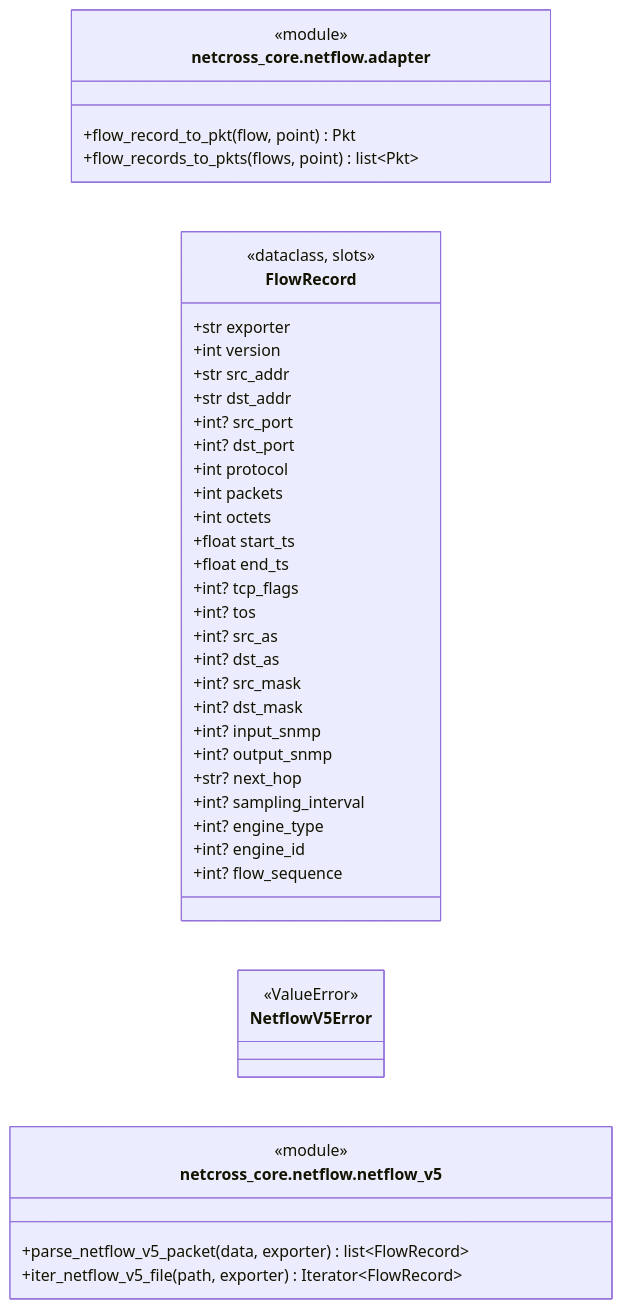
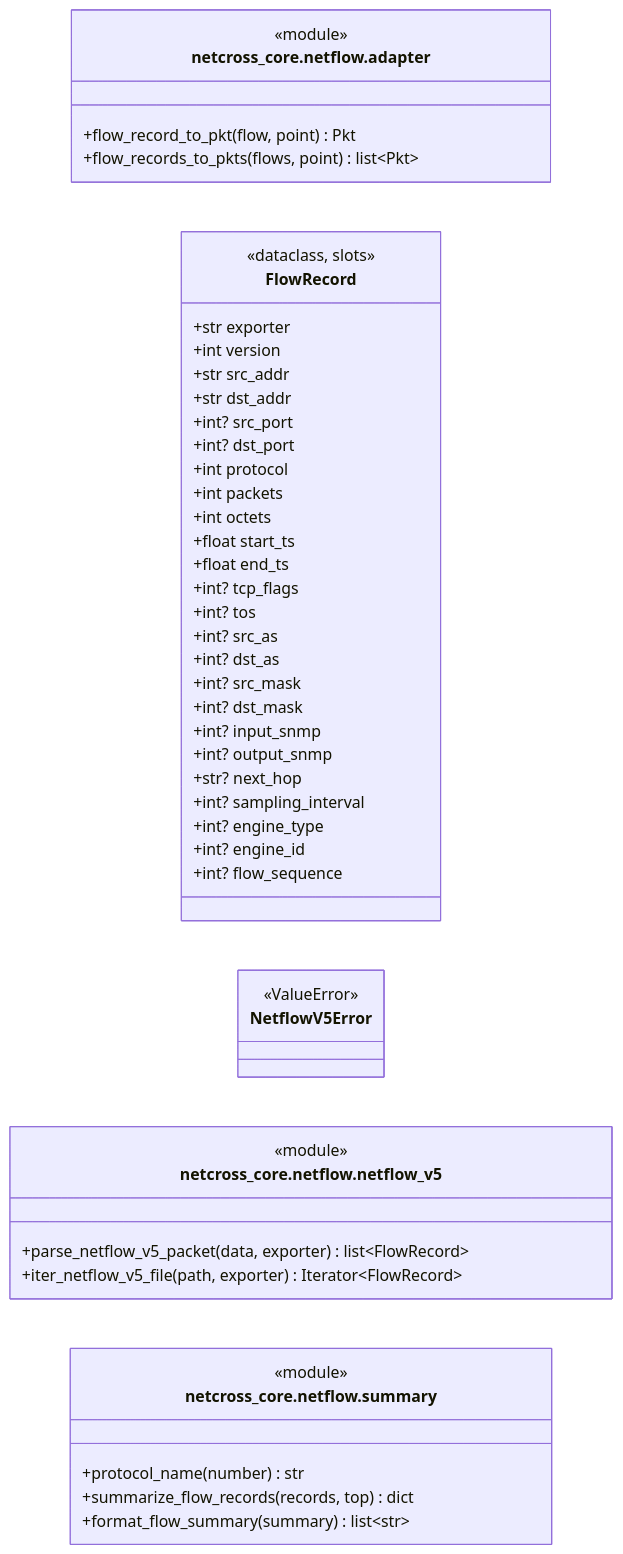
One commit to MathildeDec/Netcross changed the ninth of 19 diagrams in docs/class-diagram.md. Above: the diagram before and after it, drawn with Mermaid. The commit also changed other lines of this file and 178 other files, not shown here.

````diff
--- a/docs/class-diagram.md
+++ b/docs/class-diagram.md
@@ -2016,50 +2101,58 @@
 ```mermaid
 classDiagram
     direction LR
 
     %% ===== netcross_core.netflow.adapter =====
     class mod_netcross_core_netflow_adapter["netcross_core.netflow.adapter"] {
         <<module>>
         +flow_record_to_pkt(flow, point) Pkt
         +flow_records_to_pkts(flows, point) list~Pkt~
     }
 
     %% ===== netcross_core.netflow.models =====
     class FlowRecord {
         <<dataclass, slots>>
         +str exporter
         +int version
         +str src_addr
         +str dst_addr
         +int? src_port
         +int? dst_port
         +int protocol
         +int packets
         +int octets
         +float start_ts
         +float end_ts
         +int? tcp_flags
         +int? tos
         +int? src_as
         +int? dst_as
         +int? src_mask
         +int? dst_mask
         +int? input_snmp
         +int? output_snmp
         +str? next_hop
         +int? sampling_interval
         +int? engine_type
         +int? engine_id
         +int? flow_sequence
     }
 
     %% ===== netcross_core.netflow.netflow_v5 =====
     class NetflowV5Error {
         <<ValueError>>
     }
     class mod_netcross_core_netflow_netflow_v5["netcross_core.netflow.netflow_v5"] {
         <<module>>
         +parse_netflow_v5_packet(data, exporter) list~FlowRecord~
         +iter_netflow_v5_file(path, exporter) Iterator~FlowRecord~
     }
+
+    %% ===== netcross_core.netflow.summary =====
+    class mod_netcross_core_netflow_summary["netcross_core.netflow.summary"] {
+        <<module>>
+        +protocol_name(number) str
+        +summarize_flow_records(records, top) dict
+        +format_flow_summary(summary) list~str~
+    }
 ```
````
